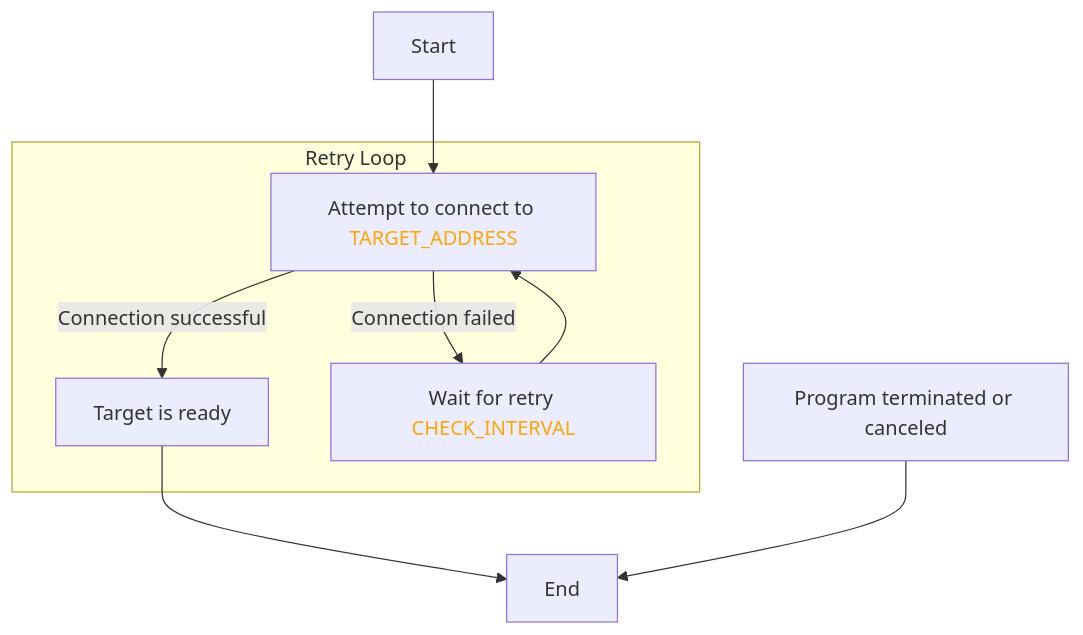
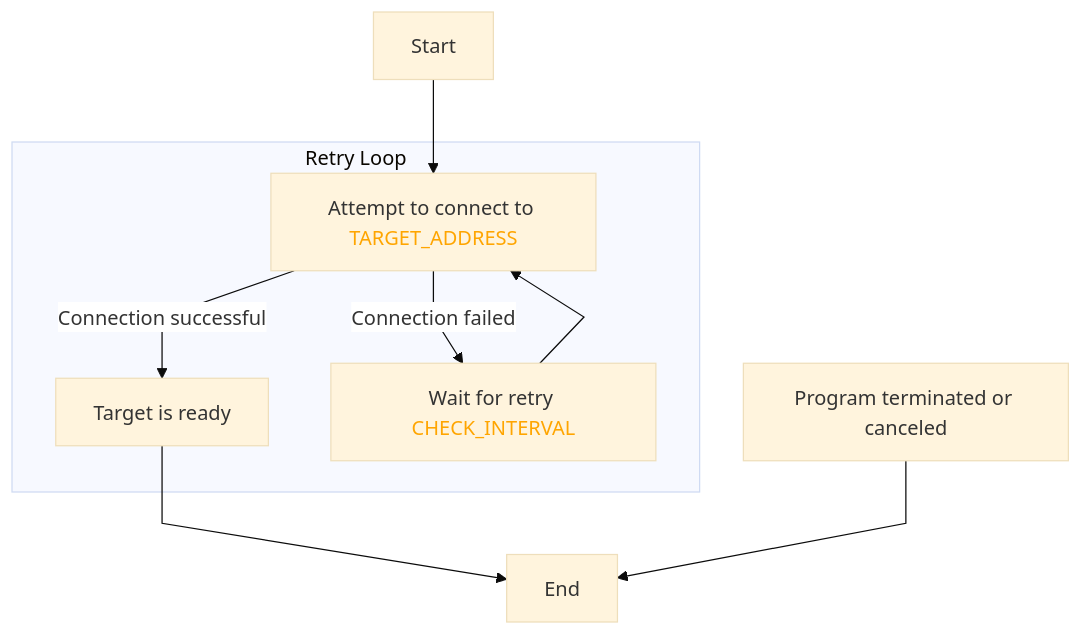
Before and after one commit to containeroo/portpatrol: the second of 2 diagrams in README.md, drawn with Mermaid.

Commit message:
docs: add handdraw to mermaid

````diff
--- a/README.md
+++ b/README.md
@@ -86,13 +86,14 @@
 ```mermaid
+%%{init: {'theme': 'base', 'themeVariables': { 'edgeLabelBackground':'white'}, 'flowchart': {'useMaxWidth':false, 'curve':'linear','sketch':{'fillStyle':'hachure','bowing':4}}}}%%
 graph TD;
     A[Start] --> B[Attempt to connect to <font color=orange>TARGET_ADDRESS</font>];
 
     subgraph Retry Loop
         B -->|Connection successful| C[Target is ready];
         B -->|Connection failed| D[Wait for retry <font color=orange>CHECK_INTERVAL</font>];
         D --> B;
     end
 
     C --> E[End];
     F[Program terminated or canceled] --> E;
 ```
````
